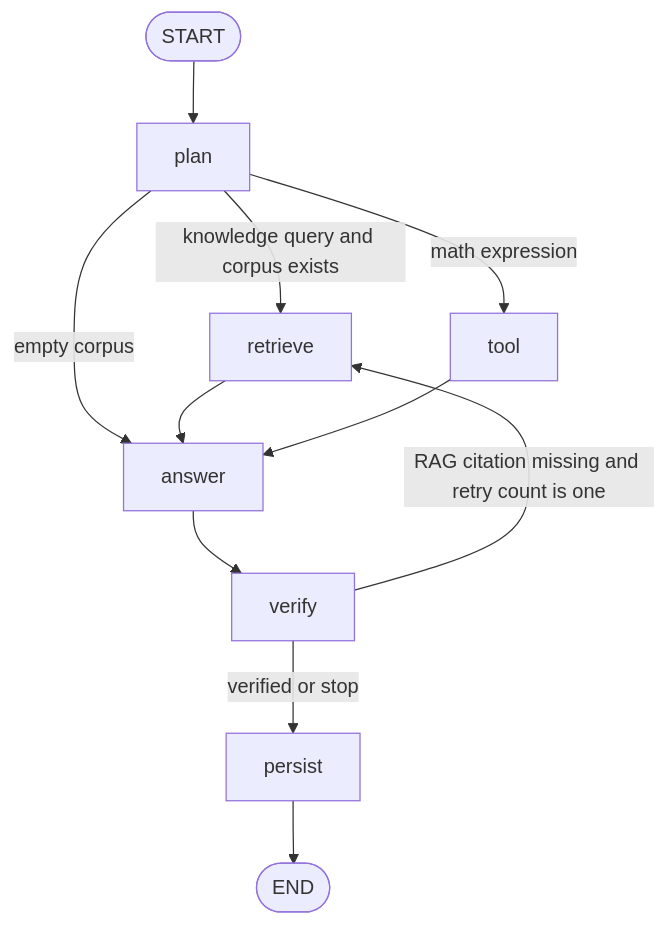
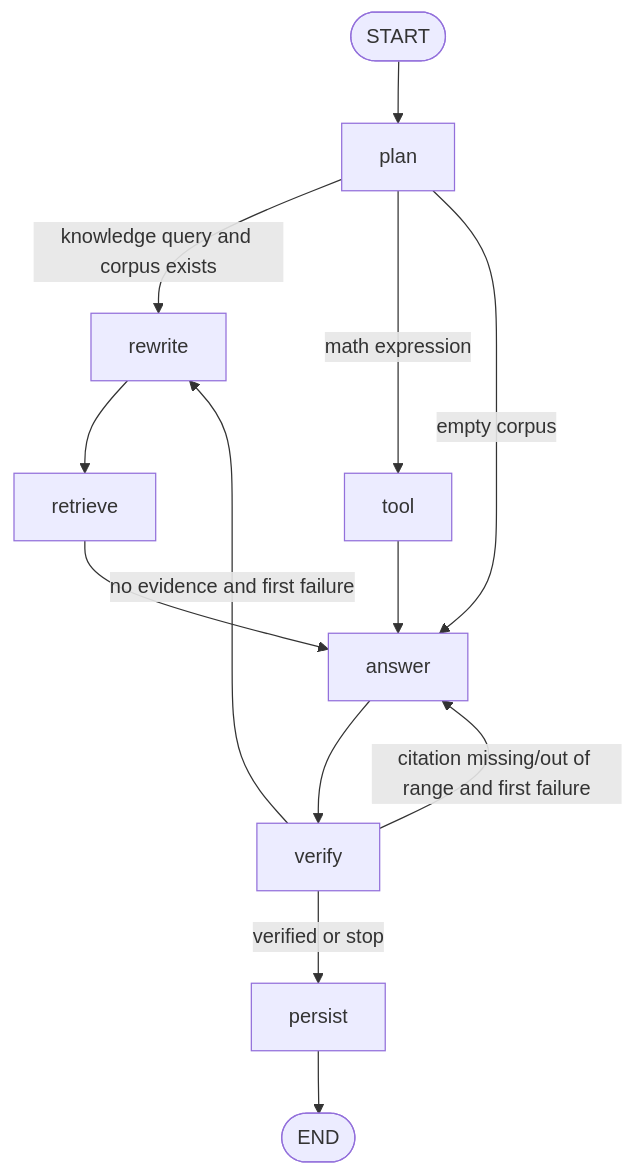
Before and after one commit to francis3253161180-maker/researchflow-agent: the second of 4 diagrams in docs/quickstarts/langgraph.md, drawn with Mermaid. The commit also changed other lines of this file and 18 other files, not shown here.

Commit message:
feat: add query rewrite and structured verification

````diff
--- a/docs/quickstarts/langgraph.md
+++ b/docs/quickstarts/langgraph.md
@@ -102,22 +102,24 @@
 ```mermaid
 flowchart TB
     START([START])
     PLAN[plan]
+    REWRITE[rewrite]
     RETRIEVE[retrieve]
     TOOL[tool]
     ANSWER[answer]
     VERIFY[verify]
     PERSIST[persist]
     ENDNODE([END])
 
     START --> PLAN
-    PLAN -->|knowledge query and corpus exists| RETRIEVE
+    PLAN -->|knowledge query and corpus exists| REWRITE --> RETRIEVE
     PLAN -->|math expression| TOOL
     PLAN -->|empty corpus| ANSWER
     RETRIEVE --> ANSWER
     TOOL --> ANSWER
     ANSWER --> VERIFY
-    VERIFY -->|RAG citation missing and retry count is one| RETRIEVE
+    VERIFY -->|no evidence and first failure| REWRITE
+    VERIFY -->|citation missing/out of range and first failure| ANSWER
     VERIFY -->|verified or stop| PERSIST
     PERSIST --> ENDNODE
 ```
````
